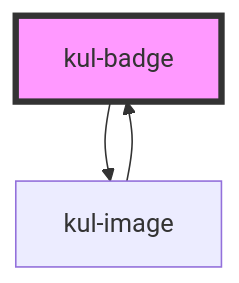
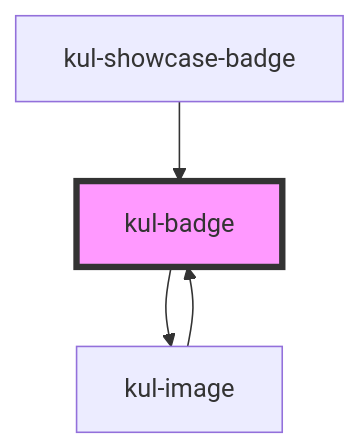
One commit to smeup/ketchup changed the diagram in packages/ketchup-lite/src/components/kul-badge/readme.md. Above: the diagram before and after it, drawn with Mermaid. The commit also changed other lines of this file and 23 other files, not shown here.

Commit message:
Added button and badge to showcase.

````diff
--- a/packages/ketchup-lite/src/components/kul-badge/readme.md
+++ b/packages/ketchup-lite/src/components/kul-badge/readme.md
@@ -103,6 +104,7 @@
 ```mermaid
 graph TD;
   kul-badge --> kul-image
   kul-image --> kul-badge
+  kul-showcase-badge --> kul-badge
   style kul-badge fill:#f9f,stroke:#333,stroke-width:4px
 ```
````
